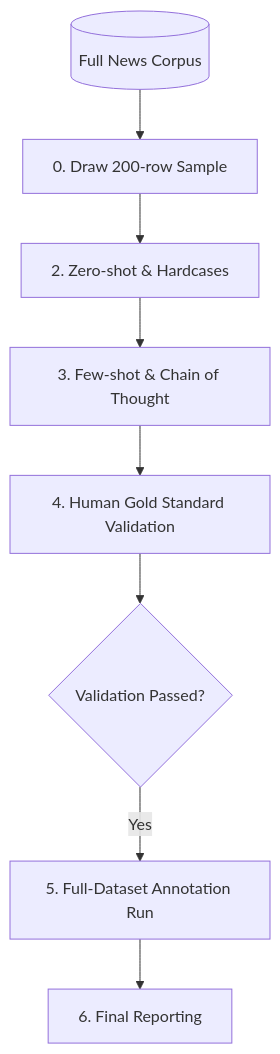
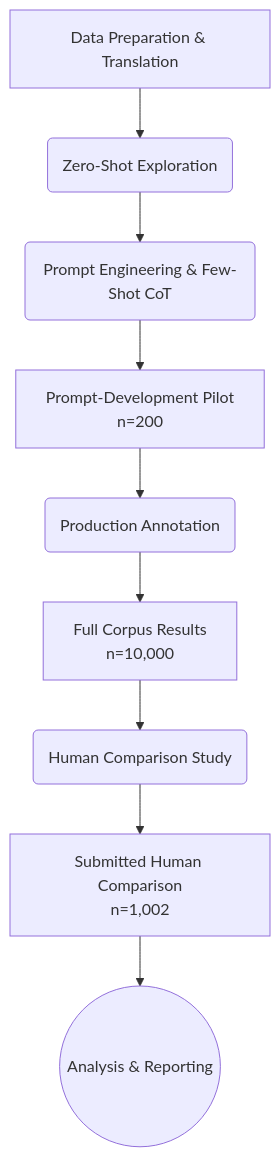
The diagram in README.md (raywincruz07-collab/economic-framing-annotation), drawn with Mermaid before and after one commit. The commit also changed other lines of this file and 128 other files, not shown here.

````diff
--- a/README.md
+++ b/README.md
@@ -20,10 +17,11 @@
 ```mermaid
-flowchart TD
-    Raw[(Full News Corpus)] --> Step0[0. Draw 200-row Sample]
-    Step0 --> Step2[2. Zero-shot & Hardcases]
-    Step2 --> Step3[3. Few-shot & Chain of Thought]
-    Step3 --> Step4[4. Human Gold Standard Validation]
-    Step4 --> Valid{Validation Passed?}
-    Valid -- Yes --> Step5[5. Full-Dataset Annotation Run]
-    Step5 --> Step6[6. Final Reporting]
+graph TD
+    A[Data Preparation & Translation] --> B(Zero-Shot Exploration)
+    B --> C(Prompt Engineering & Few-Shot CoT)
+    C --> D[Prompt-Development Pilot<br/>n=200]
+    D --> E(Production Annotation)
+    E --> F[Full Corpus Results<br/>n=10,000]
+    F --> G(Human Comparison Study)
+    G --> H[Submitted Human Comparison<br/>n=1,002]
+    H --> I((Analysis & Reporting))
 ```
````
